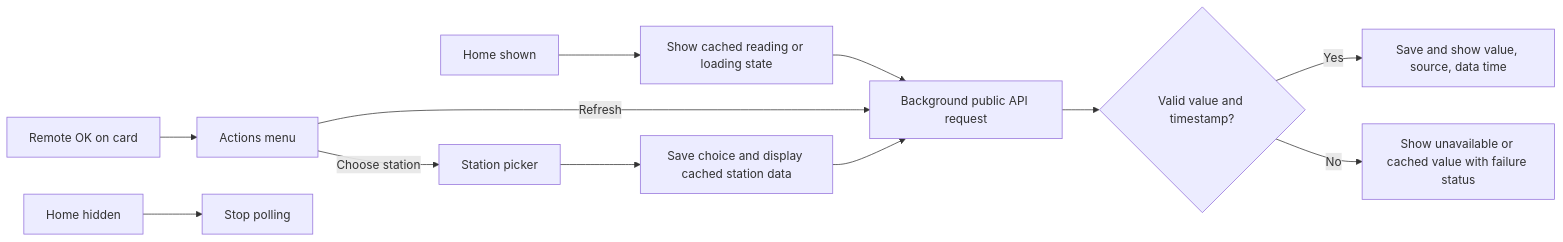
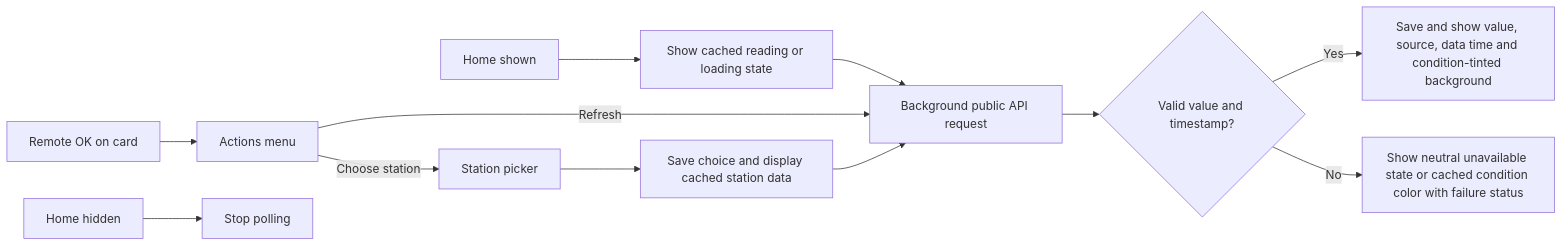
The diagram in docs/plans/2026-11-15-air-quality.md (wbniv/homeboard-tv), drawn with Mermaid before and after one commit. The commit also changed other lines of this file and 5 other files, not shown here.

````diff
--- a/docs/plans/2026-11-15-air-quality.md
+++ b/docs/plans/2026-11-15-air-quality.md
@@ -10,14 +10,14 @@
 ```mermaid
 flowchart LR
     A[Home shown] --> B[Show cached reading or loading state]
     B --> C[Background public API request]
     C --> D{Valid value and timestamp?}
-    D -->|Yes| E[Save and show value, source, data time]
-    D -->|No| F[Show unavailable or cached value with failure status]
+    D -->|Yes| E[Save and show value, source, data time and condition-tinted background]
+    D -->|No| F[Show neutral unavailable state or cached condition color with failure status]
     G[Remote OK on card] --> J[Actions menu]
     J -->|Refresh| C
     J -->|Choose station| K[Station picker]
     K --> L[Save choice and display cached station data]
     L --> C
     H[Home hidden] --> I[Stop polling]
 ```
````
